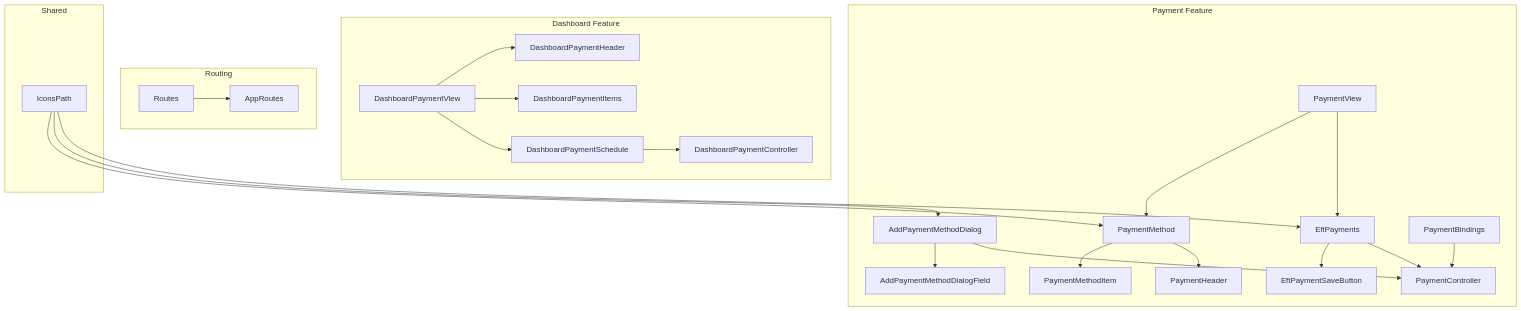
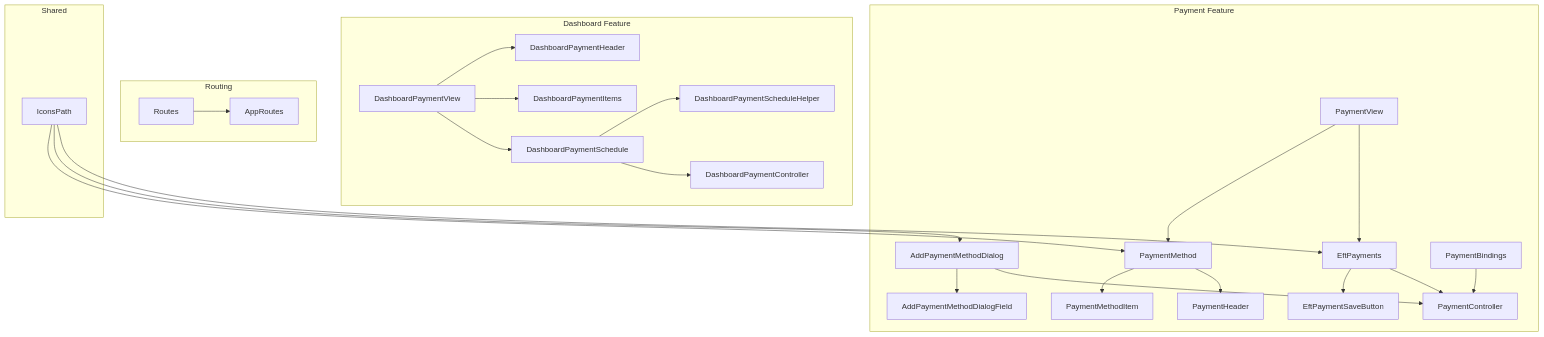
Before and after one commit to Ariful3111/FurniGo: the first of 8 diagrams in .qoder/repowiki/en/content/Core Features/E-commerce Platform/Payment Processing System.md, drawn with Mermaid. The commit also changed other lines of this file and 10 other files, not shown here.

````diff
--- a/.qoder/repowiki/en/content/Core Features/E-commerce Platform/Payment Processing System.md
+++ b/.qoder/repowiki/en/content/Core Features/E-commerce Platform/Payment Processing System.md
@@ -44,46 +52,48 @@
 ```mermaid
 graph TB
 subgraph "Payment Feature"
 PV["PaymentView"]
 PM["PaymentMethod"]
 EFT["EftPayments"]
 APMD["AddPaymentMethodDialog"]
 APDMF["AddPaymentMethodDialogField"]
 EPSB["EftPaymentSaveButton"]
 PMI["PaymentMethodItem"]
 PH["PaymentHeader"]
 PC["PaymentController"]
 PB["PaymentBindings"]
 end
 subgraph "Dashboard Feature"
 DPV["DashboardPaymentView"]
 DPH["DashboardPaymentHeader"]
 DPI["DashboardPaymentItems"]
 DPS["DashboardPaymentSchedule"]
+DPSH["DashboardPaymentScheduleHelper"]
 DPC["DashboardPaymentController"]
 end
 subgraph "Routing"
 AR["AppRoutes"]
 RT["Routes"]
 end
 subgraph "Shared"
 ICONS["IconsPath"]
 end
 PV --> PM
 PV --> EFT
 PM --> PMI
 PM --> PH
 EFT --> EPSB
 APMD --> APDMF
 APMD --> PC
 EFT --> PC
 DPV --> DPH
 DPV --> DPI
 DPV --> DPS
+DPS --> DPSH
 DPS --> DPC
 PB --> PC
 RT --> AR
 ICONS --> PM
 ICONS --> APMD
 ICONS --> EFT
 ```
````
